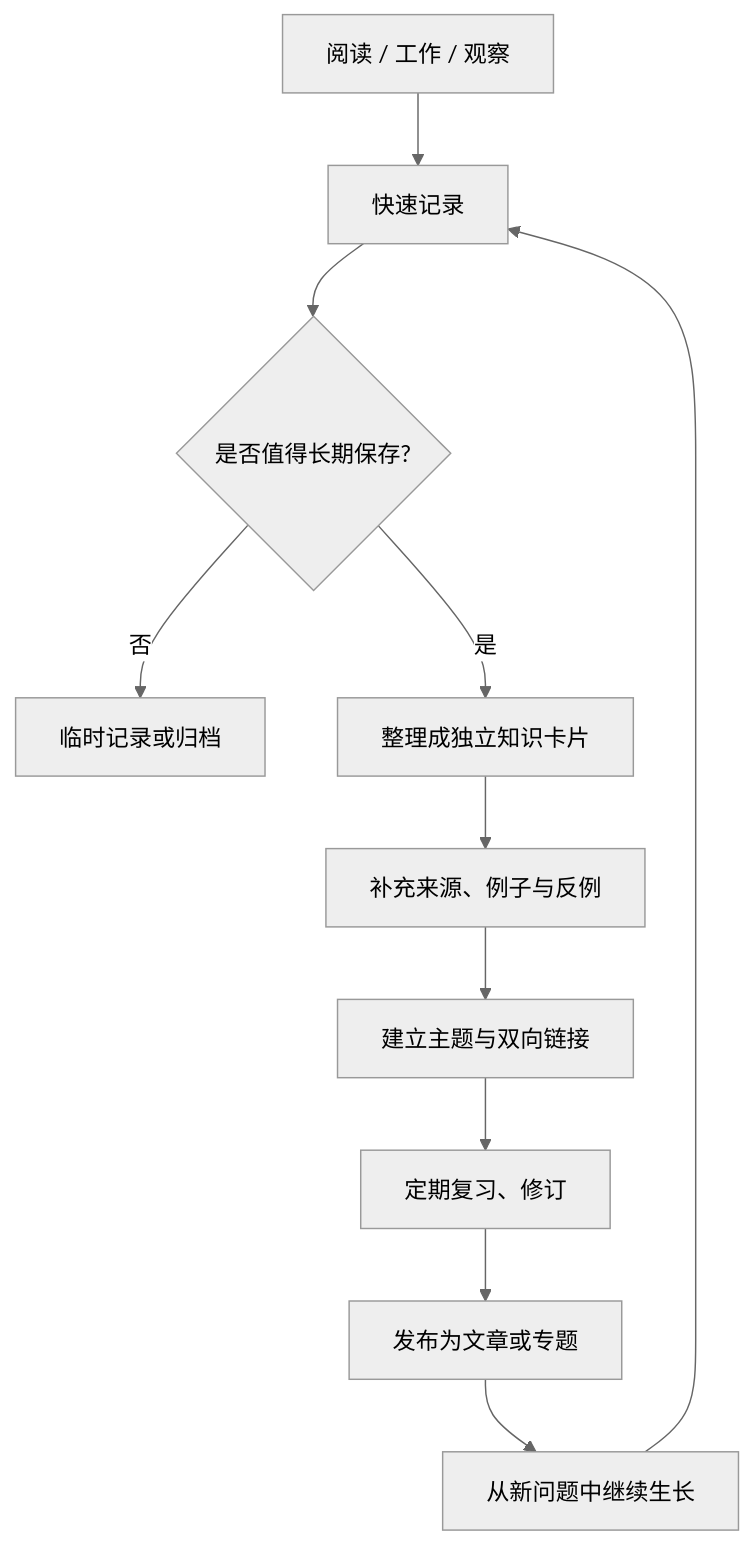
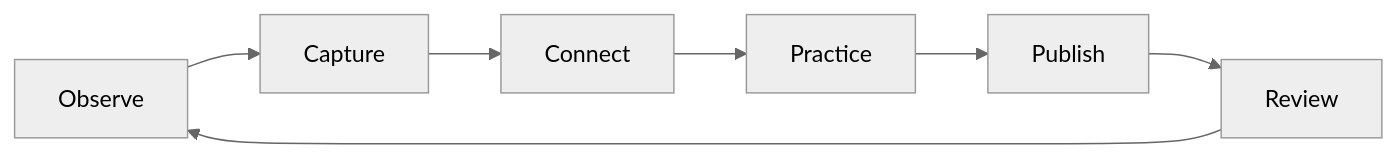
Before and after one commit to ilikui/About: the diagram in README.md, drawn with Mermaid (neutral theme). The commit also changed other lines of this file, not shown here.

Commit message:
Document About site architecture and design

````diff
--- a/README.md
+++ b/README.md
@@ -22,13 +37,9 @@
 ```mermaid
-flowchart TD
-    A[阅读 / 工作 / 观察] --> B[快速记录]
-    B --> C{是否值得长期保存?}
-    C -- 否 --> D[临时记录或归档]
-    C -- 是 --> E[整理成独立知识卡片]
-    E --> F[补充来源、例子与反例]
-    F --> G[建立主题与双向链接]
-    G --> H[定期复习、修订]
-    H --> I[发布为文章或专题]
-    I --> J[从新问题中继续生长]
-    J --> B
+flowchart LR
+    A[Observe] --> B[Capture]
+    B --> C[Connect]
+    C --> D[Practice]
+    D --> E[Publish]
+    E --> F[Review]
+    F --> A
 ```
````
